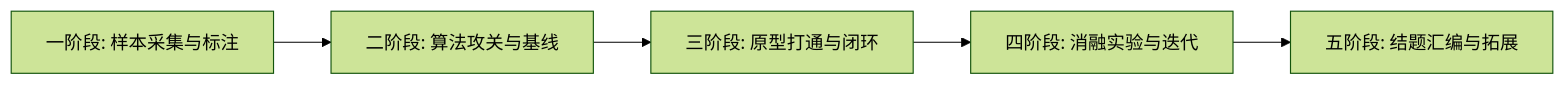
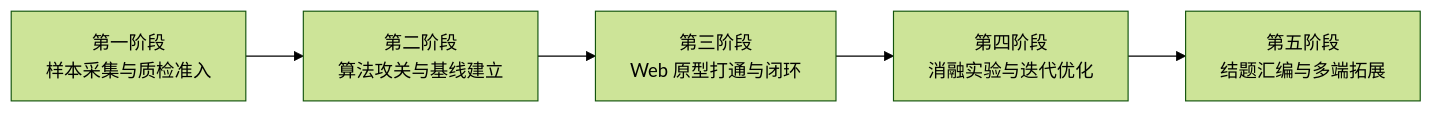
One commit to QingMouFoodDate/ProjectPRD changed the diagram in ROADMAP.md. Above: the diagram before and after it, drawn with Mermaid (forest theme). The commit also changed other lines of this file and 3 other files, not shown here.

````diff
--- a/ROADMAP.md
+++ b/ROADMAP.md
@@ -30,7 +33,7 @@
 ```mermaid
 flowchart LR
-    P1["一阶段: 样本采集与标注"] --> P2["二阶段: 算法攻关与基线"]
-    P2 --> P3["三阶段: 原型打通与闭环"]
-    P3 --> P4["四阶段: 消融实验与迭代"]
-    P4 --> P5["五阶段: 结题汇编与拓展"]
+    P1["第一阶段<br/>样本采集与质检准入"] --> P2["第二阶段<br/>算法攻关与基线建立"]
+    P2 --> P3["第三阶段<br/>Web 原型打通与闭环"]
+    P3 --> P4["第四阶段<br/>消融实验与迭代优化"]
+    P4 --> P5["第五阶段<br/>结题汇编与多端拓展"]
 ```
````
